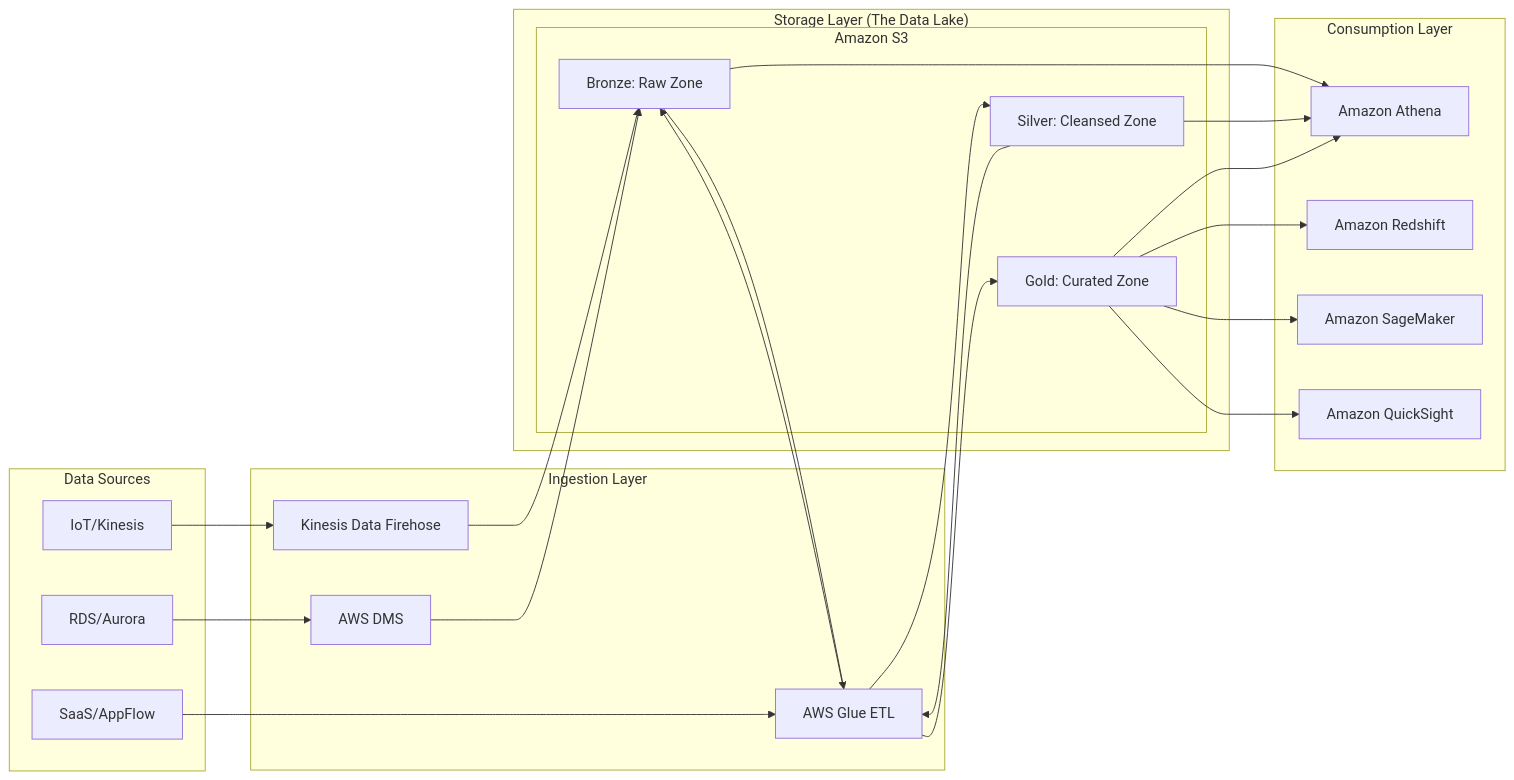
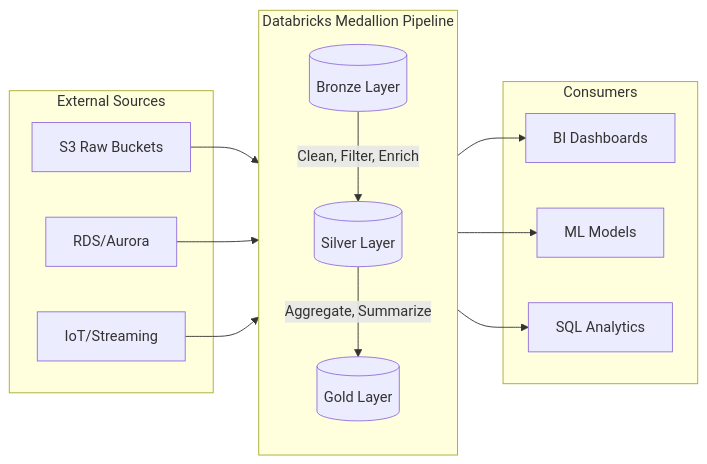
One commit to DataTechBridge-Projects/databricks-trainer changed the fourth of 14 diagrams in output/complete_course.md. Above: the diagram before and after it, drawn with Mermaid. The commit also changed other lines of this file and 33 other files, not shown here.

````diff
--- a/output/complete_course.md
+++ b/output/complete_course.md
@@ -533,46 +896,29 @@
 ```mermaid
 graph LR
-    subgraph "Data Sources"
-        A[IoT/Kinesis]
-        B[RDS/Aurora]
-        C[SaaS/AppFlow]
+    subgraph "External Sources"
+        S1[S3 Raw Buckets]
+        S2[RDS/Aurora]
+        S3[IoT/Streaming]
     end
 
-    subgraph "Ingestion Layer"
-        D[Kinesis Data Firehose]
-        E[AWS Glue ETL]
-        F[AWS DMS]
+    subgraph "Databricks Medallion Pipeline"
+        direction TB
+        B[(Bronze Layer)] 
+        Si[(Silver Layer)]
+        G[(Gold Layer)]
+        
+        B -->|Clean, Filter, Enrich| Si
+        Si -->|Aggregate, Summarize| G
     end
 
-    subgraph "Storage Layer (The Data Lake)"
-        subgraph "Amazon S3"
-            G[Bronze: Raw Zone]
-            H[Silver: Cleansed Zone]
-            I[Gold: Curated Zone]
-        end
+    subgraph "Consumers"
+        BI[BI Dashboards]
+        ML[ML Models]
+        SQL[SQL Analytics]
     end
 
-    subgraph "Consumption Layer"
-        J[Amazon Athena]
-        K[Amazon Redshift]
-        L[Amazon SageMaker]
-        M[Amazon QuickSight]
-    end
-
-    A --> D
-    D --> G
-    B --> F
-    F --> G
-    C --> E
-    E --> G
-    G --> E
-    E --> H
-    H --> E
-    E --> I
-    G --> J
-    H --> J
-    I --> J
-    I --> K
-    I --> L
-    I --> M
+    S1 & S2 & S3 --> B
+    G --> BI
+    G --> ML
+    G --> SQL
 ```
````
